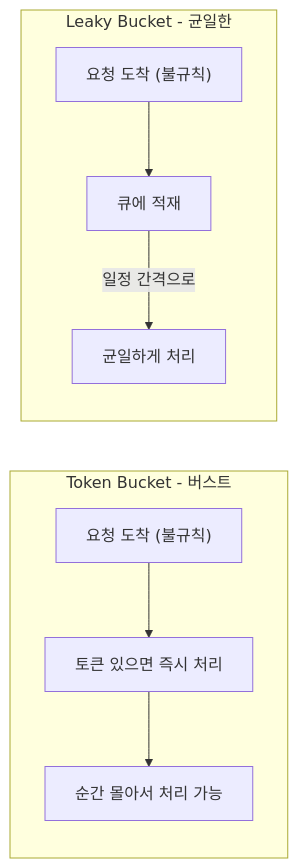
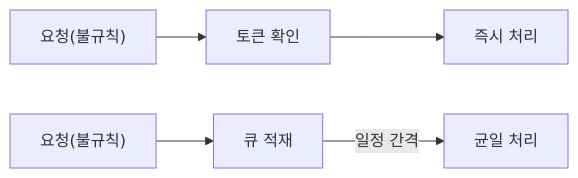
One commit to yjkim2015/yjkim2015.github.io changed the eighth of 13 diagrams in _posts/spring/2026-05-01-rate-limiting.md. Above: the diagram before and after it, drawn with Mermaid. The commit also changed other lines of this file and 155 other files, not shown here.

First line of the commit message:
Mermaid 전면 수정: subgraph 제거, participant/노드/줄수 축소 (342블록)

````diff
--- a/_posts/spring/2026-05-01-rate-limiting.md
+++ b/_posts/spring/2026-05-01-rate-limiting.md
@@ -212,11 +208,7 @@
 ```mermaid
 graph LR
-    subgraph TB["Token Bucket - 버스트"]
-        TB1["요청 도착 (불규칙)"] --> TB2["토큰 있으면 즉시 처리"]
-        TB2 --> TB3["순간 몰아서 처리 가능"]
-    end
-    subgraph LB["Leaky Bucket - 균일한"]
-        LB1["요청 도착 (불규칙)"] --> LB2["큐에 적재"]
-        LB2 -->|"일정 간격으로"| LB3["균일하게 처리"]
-    end
+    TB1["요청(불규칙)"] --> TB2["토큰 확인"]
+    TB2 --> TB3["즉시 처리"]
+    LB1["요청(불규칙)"] --> LB2["큐 적재"]
+    LB2 -->|일정 간격| LB3["균일 처리"]
 ```
````
